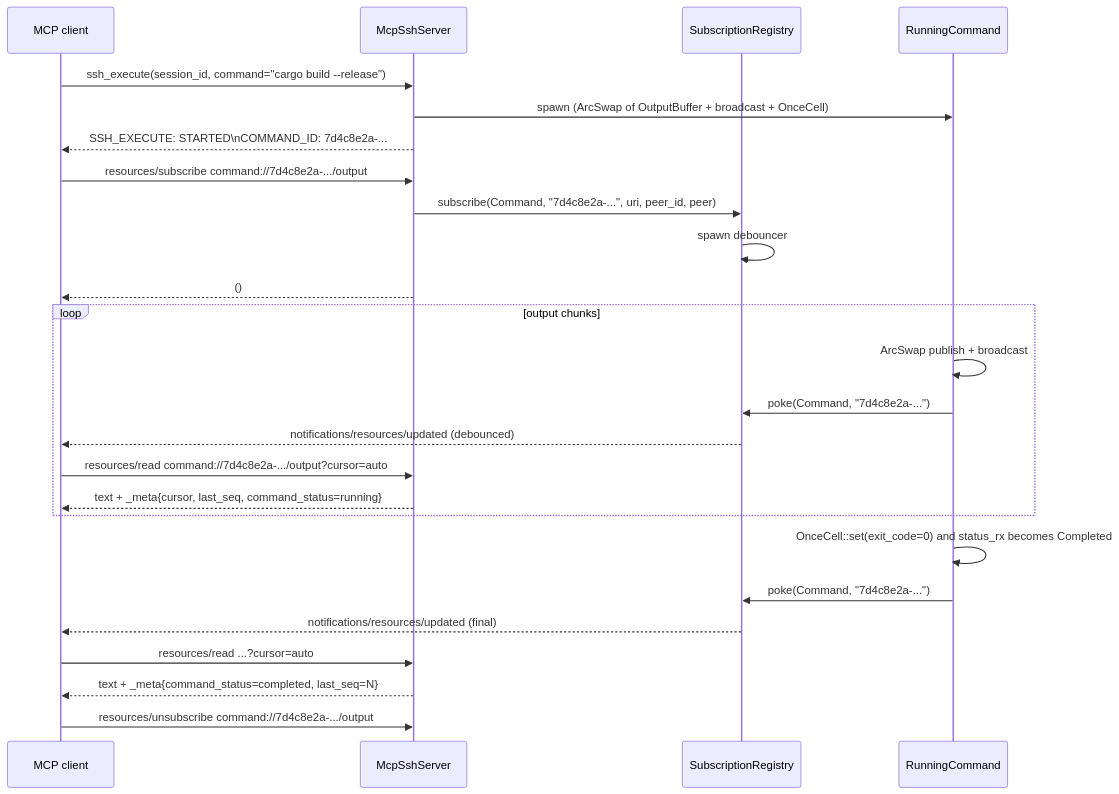
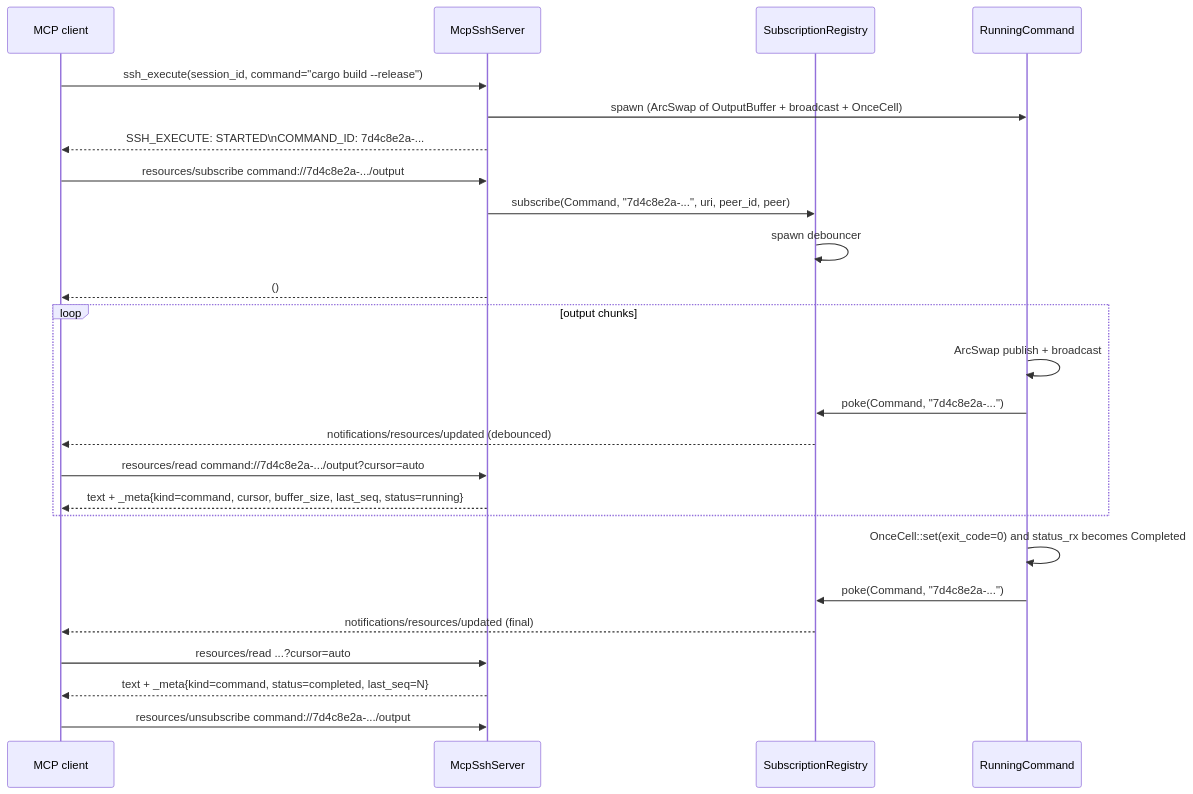
One commit to farchanjo/ssh-mcp changed the sixth of 11 diagrams in docs/FLOWS.md. Above: the diagram before and after it, drawn with Mermaid. The commit also changed other lines of this file and 6 other files, not shown here.

First line of the commit message:
docs(v4.5): sync LLM_GUIDE/API/ERRORS/RESOURCES/FLOWS to v4.5.0 surface

````diff
--- a/docs/FLOWS.md
+++ b/docs/FLOWS.md
@@ -181,32 +182,32 @@
 ```mermaid
 sequenceDiagram
     participant Client as MCP client
     participant Server as McpSshServer
     participant Reg as SubscriptionRegistry
     participant Cmd as RunningCommand
 
     Client->>Server: ssh_execute(session_id, command="cargo build --release")
     Server->>Cmd: spawn (ArcSwap of OutputBuffer + broadcast + OnceCell)
     Server-->>Client: SSH_EXECUTE: STARTED\nCOMMAND_ID: 7d4c8e2a-...
 
     Client->>Server: resources/subscribe command://7d4c8e2a-.../output
     Server->>Reg: subscribe(Command, "7d4c8e2a-...", uri, peer_id, peer)
     Reg->>Reg: spawn debouncer
     Server-->>Client: ()
 
     loop output chunks
         Cmd->>Cmd: ArcSwap publish + broadcast
         Cmd->>Reg: poke(Command, "7d4c8e2a-...")
         Reg-->>Client: notifications/resources/updated (debounced)
         Client->>Server: resources/read command://7d4c8e2a-.../output?cursor=auto
-        Server-->>Client: text + _meta{cursor, last_seq, command_status=running}
+        Server-->>Client: text + _meta{kind=command, cursor, buffer_size, last_seq, status=running}
     end
 
     Cmd->>Cmd: OnceCell::set(exit_code=0) and status_rx becomes Completed
     Cmd->>Reg: poke(Command, "7d4c8e2a-...")
     Reg-->>Client: notifications/resources/updated (final)
     Client->>Server: resources/read ...?cursor=auto
-    Server-->>Client: text + _meta{command_status=completed, last_seq=N}
+    Server-->>Client: text + _meta{kind=command, status=completed, last_seq=N}
 
     Client->>Server: resources/unsubscribe command://7d4c8e2a-.../output
 ```
````
